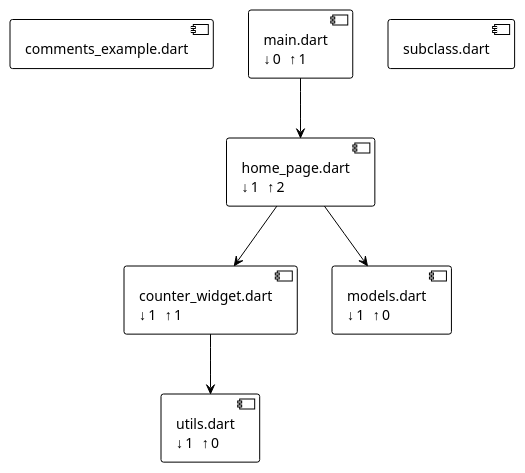
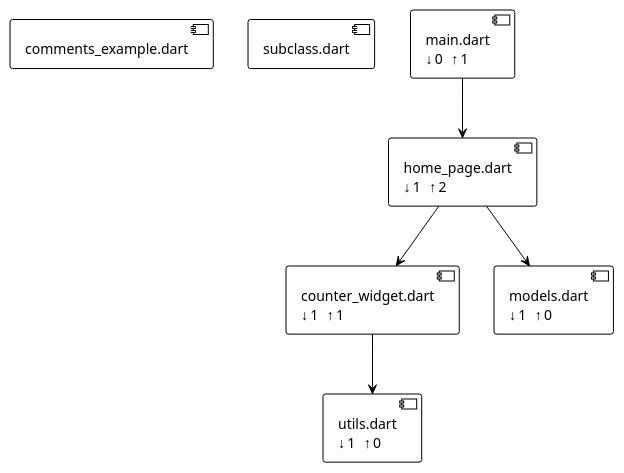
One commit to vteam-com/fCheck changed the diagram in example/fcheck.puml. Above: the diagram before and after it, drawn with PlantUML. The commit also changed other lines of this file and 5 other files, not shown here.

```diff
--- a/example/fcheck.puml
+++ b/example/fcheck.puml
@@ -1,17 +1,17 @@
 @startuml Architecture
 !theme plain
 
 component [comments_example.dart] as compcommentsexample
+component [subclass.dart] as compsubfoldersubclass
 component [main.dart\n↓0 ↑1] as compmain
-component [subclass.dart] as compsubfoldersubclass
 component [utils.dart\n↓1 ↑0] as computils
 component [counter_widget.dart\n↓1 ↑1] as compcounterwidget
 component [models.dart\n↓1 ↑0] as compmodels
 component [home_page.dart\n↓1 ↑2] as comphomepage
 
+"compmain" --> "comphomepage"
 "compcounterwidget" --> "computils"
 "comphomepage" --> "compcounterwidget"
 "comphomepage" --> "compmodels"
-"compmain" --> "comphomepage"
 
 @enduml
```
